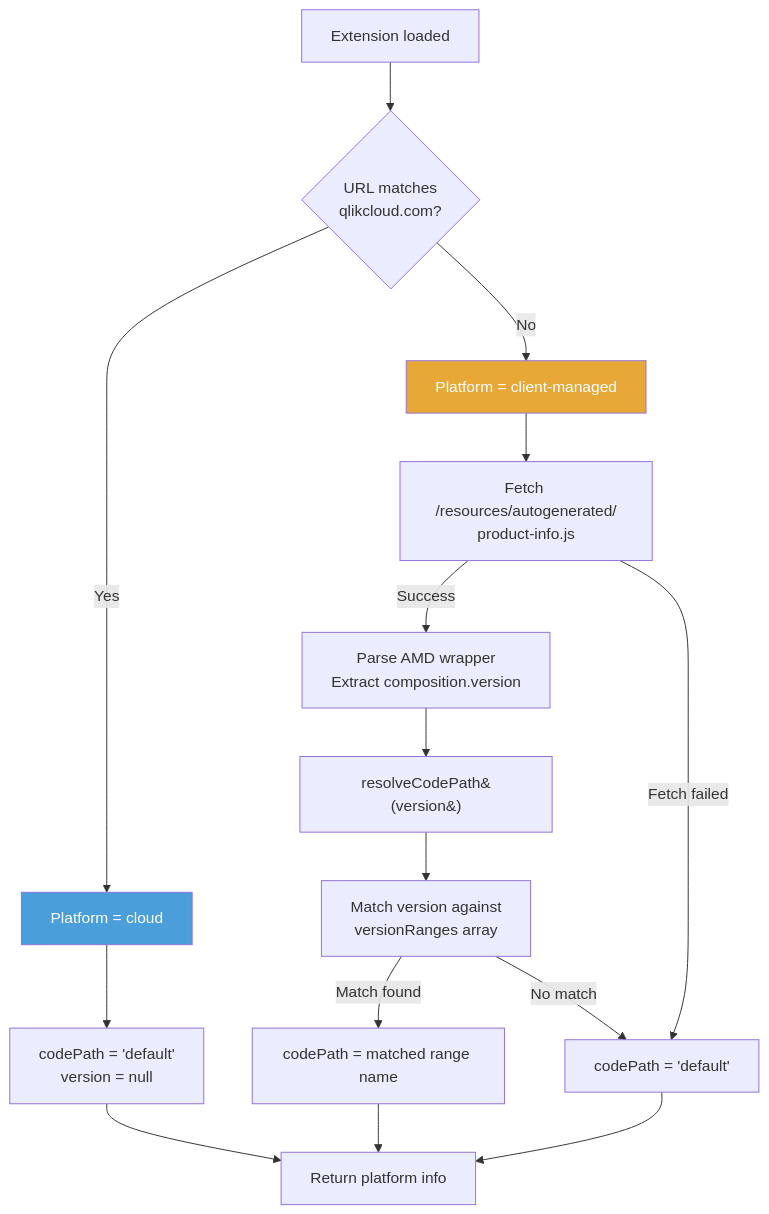
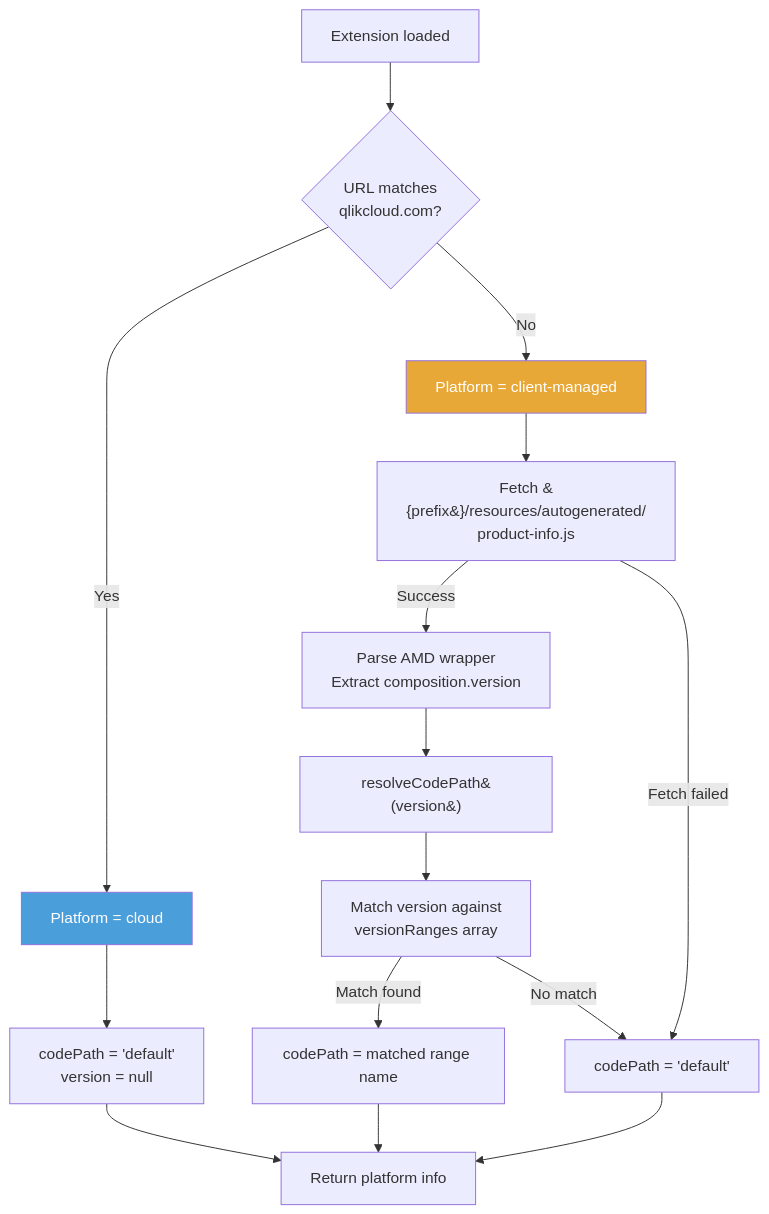
Before and after one commit to ptarmiganlabs/onboard.qs: the first of 5 diagrams in docs/PLATFORM-DETECTION.md, drawn with Mermaid. The commit also changed other lines of this file and 2 other files, not shown here.

First line of the commit message:
fix: prepend virtual proxy prefix to product-info.js fetch URL

````diff
--- a/docs/PLATFORM-DETECTION.md
+++ b/docs/PLATFORM-DETECTION.md
@@ -13,24 +13,24 @@
 ```mermaid
 flowchart TD
     A[Extension loaded] --> B{URL matches<br/>qlikcloud.com?}
     B -- Yes --> C[Platform = cloud]
     B -- No --> D[Platform = client-managed]
 
     C --> E[codePath = 'default'<br/>version = null]
 
-    D --> F[Fetch /resources/autogenerated/<br/>product-info.js]
+    D --> F[Fetch &#123;prefix&#125;/resources/autogenerated/<br/>product-info.js]
     F -- Success --> G[Parse AMD wrapper<br/>Extract composition.version]
     G --> H[resolveCodePath&#40;version&#41;]
     H --> I[Match version against<br/>versionRanges array]
     I -- Match found --> J[codePath = matched range name]
     I -- No match --> K[codePath = 'default']
 
     F -- Fetch failed --> K
 
     E --> L[Return platform info]
     J --> L
     K --> L
 
     style C fill:#4a9eda,color:#fff
     style D fill:#e8a838,color:#fff
 ```
````
